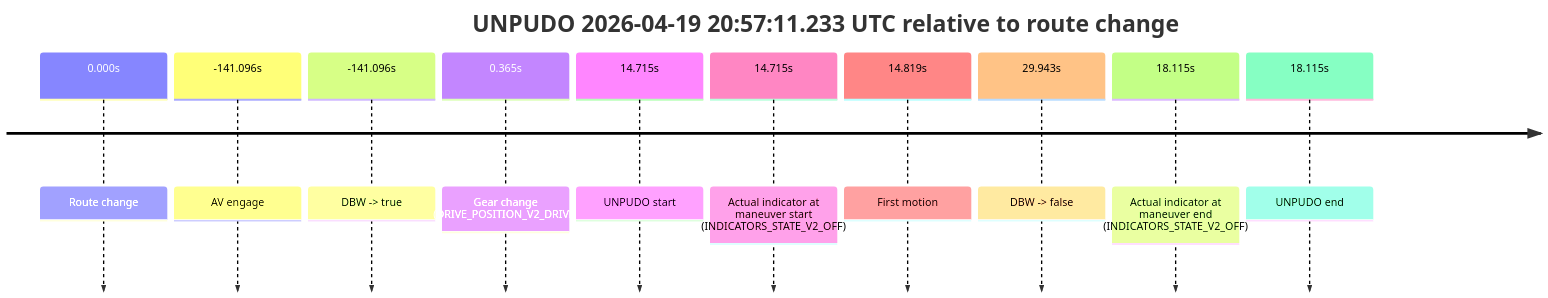
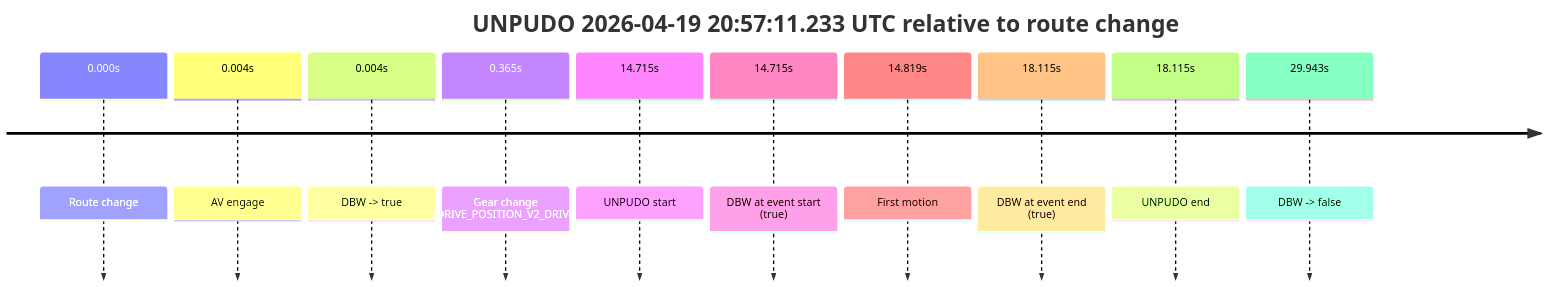
The fourth of 5 diagrams in model_analysis/report_cards/2026/04/Week-3/fme20009--2026-04-19--20-01-00--gen2-av-aeee07a9-d252-46e4-b6ef-3c843203ccb1.md (yoelshapiro/vault), drawn with Mermaid before and after one commit. The commit also changed other lines of this file and 85 other files, not shown here.

````diff
--- a/model_analysis/report_cards/2026/04/Week-3/fme20009--2026-04-19--20-01-00--gen2-av-aeee07a9-d252-46e4-b6ef-3c843203ccb1.md
+++ b/model_analysis/report_cards/2026/04/Week-3/fme20009--2026-04-19--20-01-00--gen2-av-aeee07a9-d252-46e4-b6ef-3c843203ccb1.md
@@ -381,14 +310,14 @@
 ```mermaid
 timeline
     title UNPUDO 2026-04-19 20:57:11.233 UTC relative to route change
     0.000s : Route change
-    -141.096s : AV engage
-    -141.096s : DBW -> true
+    0.004s : AV engage
+    0.004s : DBW -> true
     0.365s : Gear change (DRIVE_POSITION_V2_DRIVE)
     14.715s : UNPUDO start
-    14.715s : Actual indicator at maneuver start (INDICATORS_STATE_V2_OFF)
+    14.715s : DBW at event start (true)
     14.819s : First motion
+    18.115s : DBW at event end (true)
+    18.115s : UNPUDO end
     29.943s : DBW -> false
-    18.115s : Actual indicator at maneuver end (INDICATORS_STATE_V2_OFF)
-    18.115s : UNPUDO end
 ```
````
